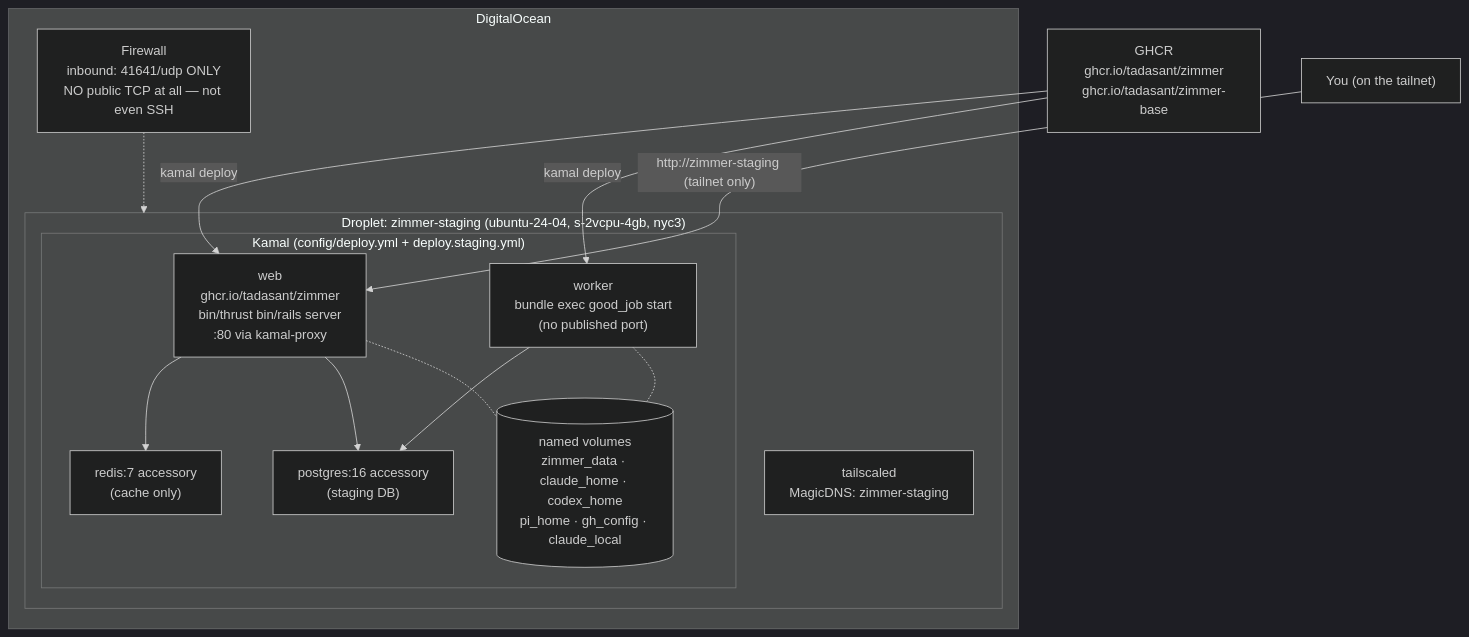
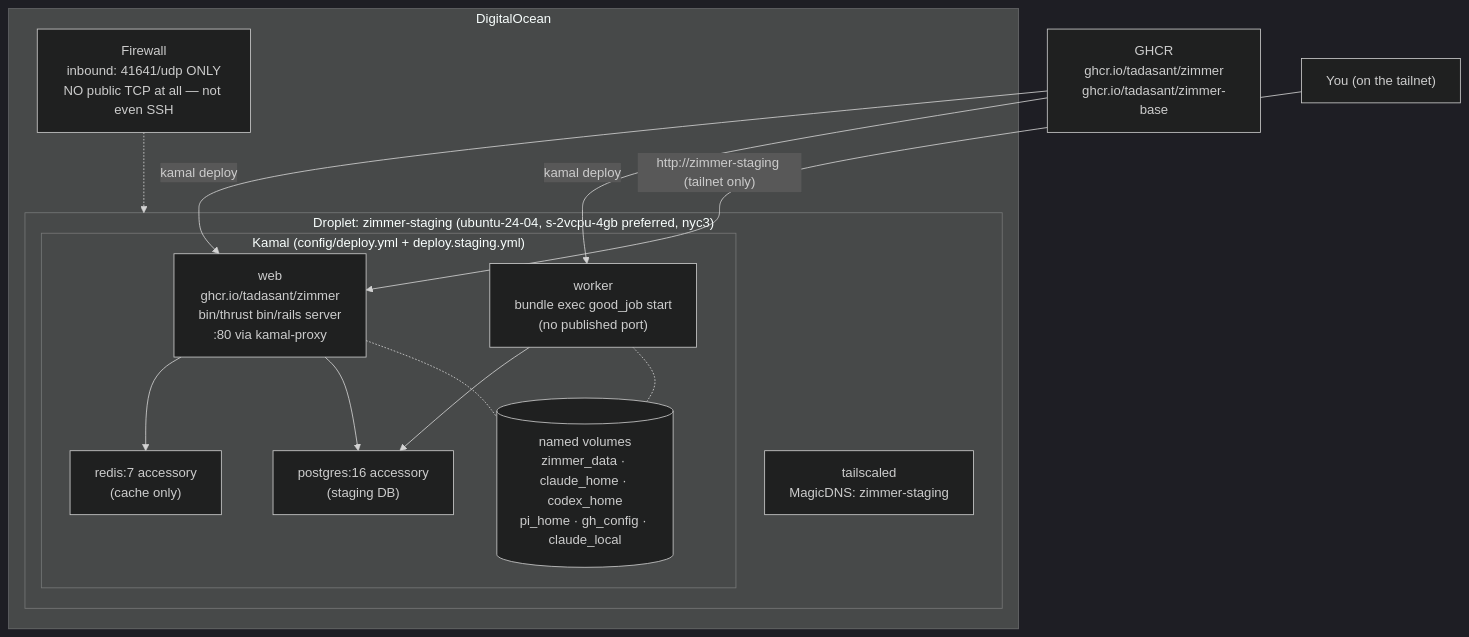
One commit to tadasant/zimmer changed the first of 4 diagrams in docs/src/content/docs/operate/deploying.md. Above: the diagram before and after it, drawn with Mermaid (dark theme). The commit also changed other lines of this file and 5 other files, not shown here.

First line of the commit message:
fix(staging): fall back to a size the region sells before creating the droplet (#1657)

````diff
--- a/docs/src/content/docs/operate/deploying.md
+++ b/docs/src/content/docs/operate/deploying.md
@@ -24,29 +24,29 @@
 ```mermaid
 flowchart TB
     subgraph do["DigitalOcean"]
-        subgraph droplet["Droplet: zimmer-staging (ubuntu-24-04, s-2vcpu-4gb, nyc3)"]
+        subgraph droplet["Droplet: zimmer-staging (ubuntu-24-04, s-2vcpu-4gb preferred, nyc3)"]
             subgraph kamal["Kamal (config/deploy.yml + deploy.staging.yml)"]
                 WEB["web<br/>ghcr.io/tadasant/zimmer<br/>bin/thrust bin/rails server<br/>:80 via kamal-proxy"]
                 WRK["worker<br/>bundle exec good_job start<br/>(no published port)"]
                 RDS["redis:7 accessory<br/>(cache only)"]
                 DBS["postgres:16 accessory<br/>(staging DB)"]
                 VOL[("named volumes<br/>zimmer_data · claude_home · codex_home<br/>pi_home · gh_config · claude_local")]
             end
             TS["tailscaled<br/>MagicDNS: zimmer-staging"]
         end
         FW["Firewall<br/>inbound: 41641/udp ONLY<br/>NO public TCP at all — not even SSH"]
     end
 
     GH["GHCR<br/>ghcr.io/tadasant/zimmer<br/>ghcr.io/tadasant/zimmer-base"]
     U["You (on the tailnet)"]
 
     GH -->|"kamal deploy"| WEB
     GH -->|"kamal deploy"| WRK
     WEB --> RDS
     WEB --> DBS
     WRK --> DBS
     WEB -.- VOL
     WRK -.- VOL
     U -->|"http://zimmer-staging (tailnet only)"| WEB
     FW -.-> droplet
 ```
````
